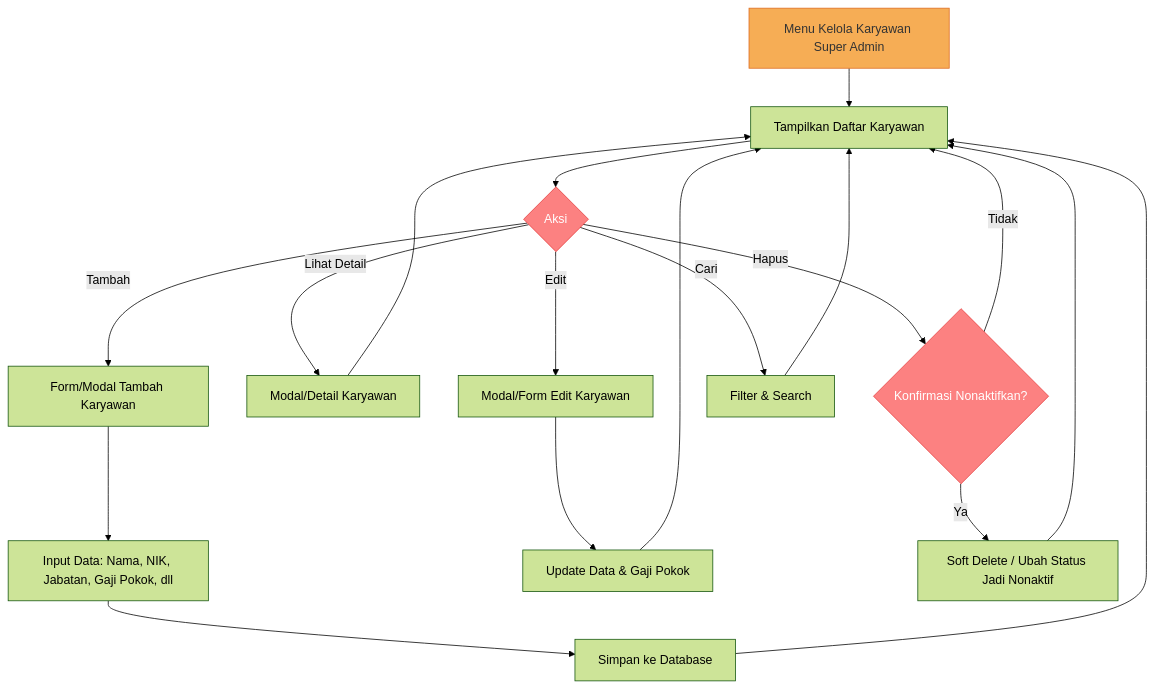
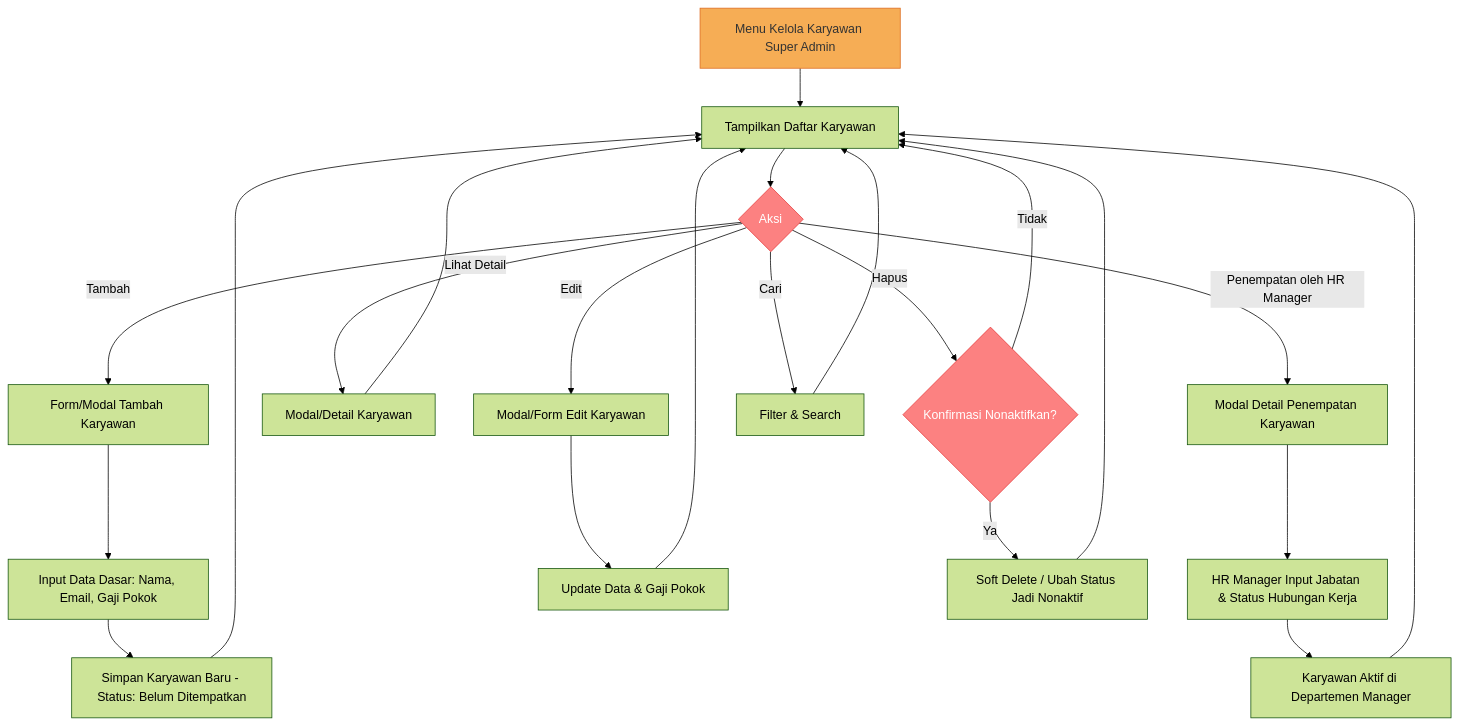
One commit to Automatum2/HrdApps changed the fourth of 5 diagrams in stitch_blue_h_logo_branding/docs/flowchart.md. Above: the diagram before and after it, drawn with Mermaid (forest theme). The commit also changed other lines of this file and 11 other files, not shown here.

````diff
--- a/stitch_blue_h_logo_branding/docs/flowchart.md
+++ b/stitch_blue_h_logo_branding/docs/flowchart.md
@@ -123,29 +123,34 @@
 ```mermaid
 flowchart TD
     A[Menu Kelola Karyawan Super Admin] --> B[Tampilkan Daftar Karyawan]
     B --> C{Aksi}
     
     C -->|Tambah| D[Form/Modal Tambah Karyawan]
-    D --> D1[Input Data: Nama, NIK, Jabatan, Gaji Pokok, dll]
-    D1 --> D2[Simpan ke Database]
+    D --> D1[Input Data Dasar: Nama, Email, Gaji Pokok]
+    D1 --> D2[Simpan Karyawan Baru - Status: Belum Ditempatkan]
     D2 --> B
+    
+    C -->|Penempatan oleh HR Manager| H[Modal Detail Penempatan Karyawan]
+    H --> H1[HR Manager Input Jabatan & Status Hubungan Kerja]
+    H1 --> H2[Karyawan Aktif di Departemen Manager]
+    H2 --> B
     
     C -->|Lihat Detail| E[Modal/Detail Karyawan]
     E --> B
     
     C -->|Edit| F[Modal/Form Edit Karyawan]
     F --> F1[Update Data & Gaji Pokok]
     F1 --> B
     
     C -->|Hapus| G{Konfirmasi Nonaktifkan?}
     G -->|Ya| G1[Soft Delete / Ubah Status Jadi Nonaktif]
     G1 --> B
     G -->|Tidak| B
     
-    C -->|Cari| H[Filter & Search]
-    H --> B
+    C -->|Cari| H_Search[Filter & Search]
+    H_Search --> B
 
     style A fill:#f6ad55,stroke:#dd6b20,color:#333
     style C fill:#fc8181,stroke:#e53e3e,color:#fff
     style G fill:#fc8181,stroke:#e53e3e,color:#fff
 ```
````
